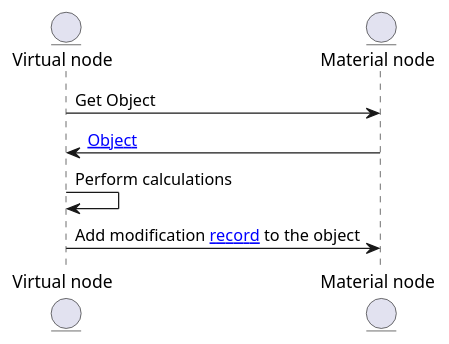
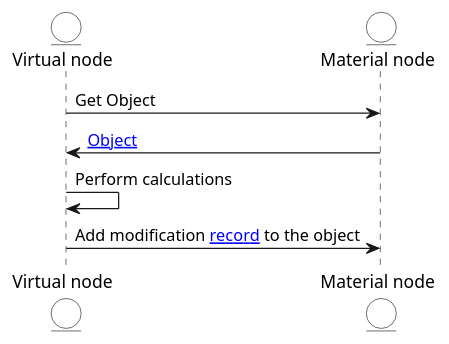
The first of 4 diagrams in docs/source/architecture.rst (sofiayem/rtd-doc-tests), drawn with PlantUML before and after one commit. The commit also changed other lines of this file and 1 other file, not shown here.

```diff
--- a/docs/source/architecture.rst
+++ b/docs/source/architecture.rst
@@ -450,9 +450,14 @@
 .. uml::
+
+   skinparam backgroundColor transparent
+   skinparam entity { 
+     backgroundColor transparent
+   }
 
    entity "Virtual node" as v [[../architecture.html#virtual]]
    entity "Material node" as m [[../architecture.html#light-material]]
 
    v -> m : Get Object
    m -> v : [[../glossary.html#term-object Object]]
    v -> v : Perform calculations
    v -> m : Add modification [[../glossary.html#term-record record]] to the object
```
